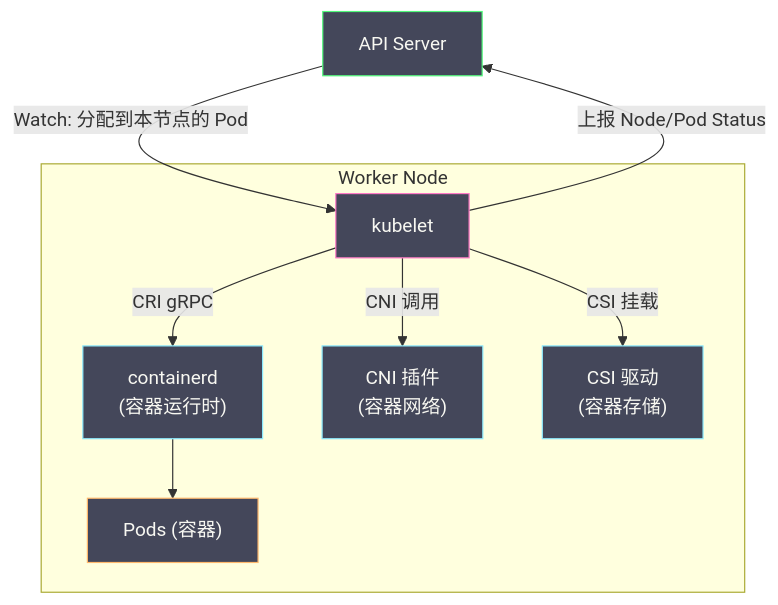
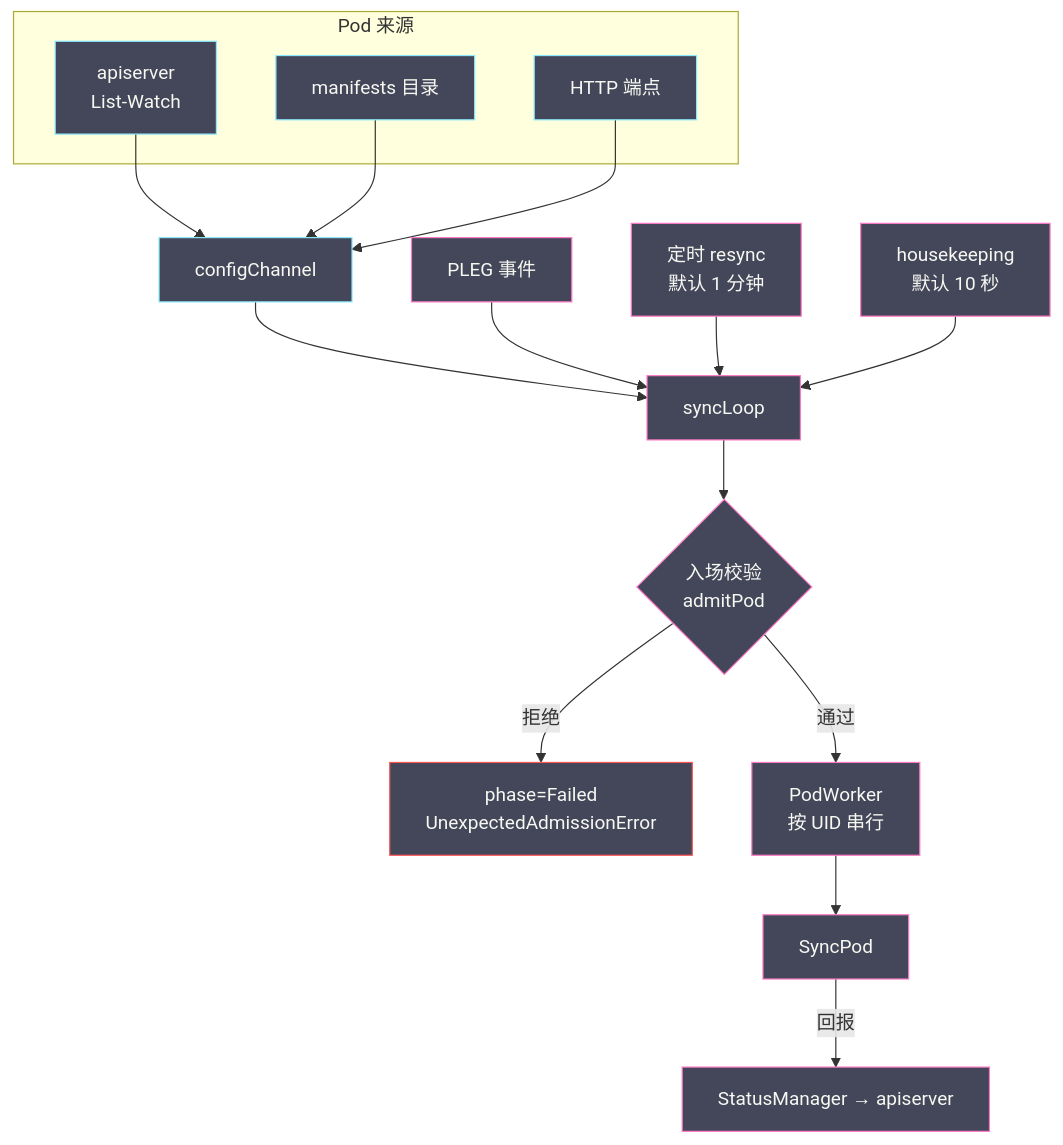
The first of 6 diagrams in content/云原生/Kubernetes/kubernetes生命周期管理和服务发现/01 kubelet 与 Pod 的创建流程.md (hpliStartAgain/my-brain), drawn with Mermaid before and after one commit. The commit also changed other lines of this file and 259 other files, not shown here.

````diff
--- a/content/云原生/Kubernetes/kubernetes生命周期管理和服务发现/01 kubelet 与 Pod 的创建流程.md
+++ b/content/云原生/Kubernetes/kubernetes生命周期管理和服务发现/01 kubelet 与 Pod 的创建流程.md
@@ -23,30 +42,28 @@
 ```mermaid
 %%{init: {'theme': 'dracula'}}%%
 graph TD
-    API["API Server"]
-    
-    subgraph "Worker Node"
-        KL["kubelet"]
-        CRI_RT["containerd</br>(容器运行时)"]
-        CNI["CNI 插件</br>(容器网络)"]
-        CSI["CSI 驱动</br>(容器存储)"]
-        PODS["Pods (容器)"]
+    subgraph sources[Pod 来源]
+        API["apiserver<br/>List-Watch"]
+        FILE["manifests 目录"]
+        HTTP["HTTP 端点"]
     end
+    API --> CH["configChannel"]
+    FILE --> CH
+    HTTP --> CH
+    CH --> LOOP["syncLoop"]
+    PLEG["PLEG 事件"] --> LOOP
+    SYNC["定时 resync<br/>默认 1 分钟"] --> LOOP
+    HK["housekeeping<br/>默认 10 秒"] --> LOOP
+    LOOP --> ADMIT{"入场校验<br/>admitPod"}
+    ADMIT -->|"拒绝"| FAIL["phase=Failed<br/>UnexpectedAdmissionError"]
+    ADMIT -->|"通过"| WORKER["PodWorker<br/>按 UID 串行"]
+    WORKER --> SYNCPOD["SyncPod"]
+    SYNCPOD -->|"回报"| STATUS["StatusManager → apiserver"]
 
-    API -->|"Watch: 分配到本节点的 Pod"| KL
-    KL -->|"CRI gRPC"| CRI_RT
-    KL -->|"CNI 调用"| CNI
-    KL -->|"CSI 挂载"| CSI
-    CRI_RT --> PODS
-    KL -->|"上报 Node/Pod Status"| API
-
-    classDef api fill:#44475a,stroke:#50fa7b,color:#f8f8f2
-    classDef kubelet fill:#44475a,stroke:#ff79c6,color:#f8f8f2
-    classDef runtime fill:#44475a,stroke:#8be9fd,color:#f8f8f2
-    classDef pod fill:#44475a,stroke:#ffb86c,color:#f8f8f2
-
-    class API api
-    class KL kubelet
-    class CRI_RT,CNI,CSI runtime
-    class PODS pod
+    classDef src fill:#44475a,stroke:#8be9fd,color:#f8f8f2
+    classDef core fill:#44475a,stroke:#ff79c6,color:#f8f8f2
+    classDef bad fill:#44475a,stroke:#ff5555,color:#f8f8f2
+    class API,FILE,HTTP,CH src
+    class LOOP,ADMIT,WORKER,SYNCPOD,STATUS,PLEG,SYNC,HK core
+    class FAIL bad
 ```
````
